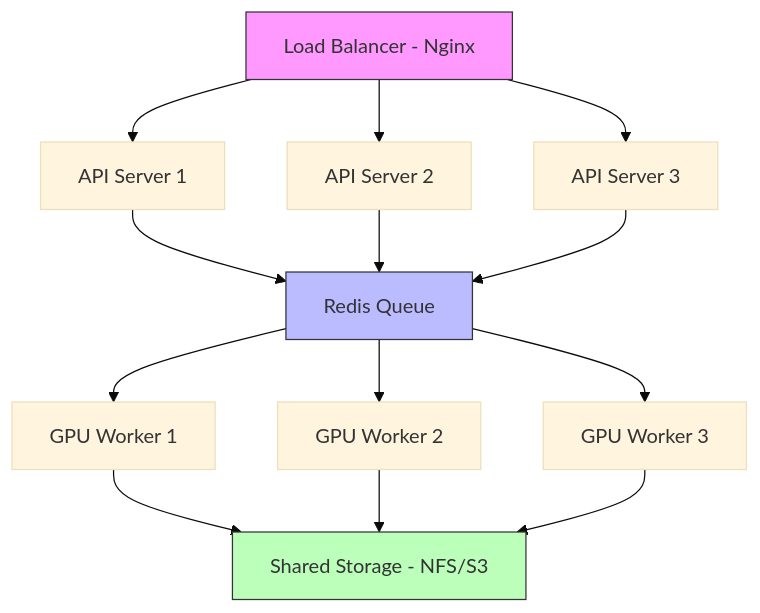
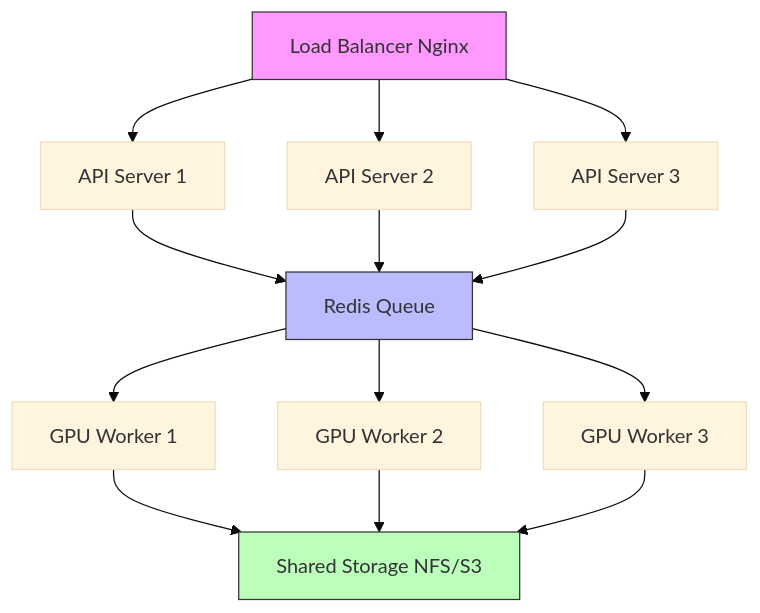
The fourth of 4 diagrams in mkdocs/docs/development/architecture.md (dapakyuu/Interview_Assesment_System), drawn with Mermaid (base theme) before and after one commit. The commit also changed other lines of this file and 7 other files, not shown here.

````diff
--- a/mkdocs/docs/development/architecture.md
+++ b/mkdocs/docs/development/architecture.md
@@ -1193,22 +1193,22 @@
 ```mermaid
 graph TB
-    A[Load Balancer - Nginx] --> B[API Server 1]
-    A --> C[API Server 2]
-    A --> D[API Server 3]
+    A["Load Balancer Nginx"] --> B["API Server 1"]
+    A --> C["API Server 2"]
+    A --> D["API Server 3"]
 
-    B --> E[Redis Queue]
+    B --> E["Redis Queue"]
     C --> E
     D --> E
 
-    E --> F[GPU Worker 1]
-    E --> G[GPU Worker 2]
-    E --> H[GPU Worker 3]
+    E --> F["GPU Worker 1"]
+    E --> G["GPU Worker 2"]
+    E --> H["GPU Worker 3"]
 
-    F --> I[Shared Storage - NFS/S3]
+    F --> I["Shared Storage NFS/S3"]
     G --> I
     H --> I
 
     style A fill:#f9f,stroke:#333
     style E fill:#bbf,stroke:#333
     style I fill:#bfb,stroke:#333
 ```
````
